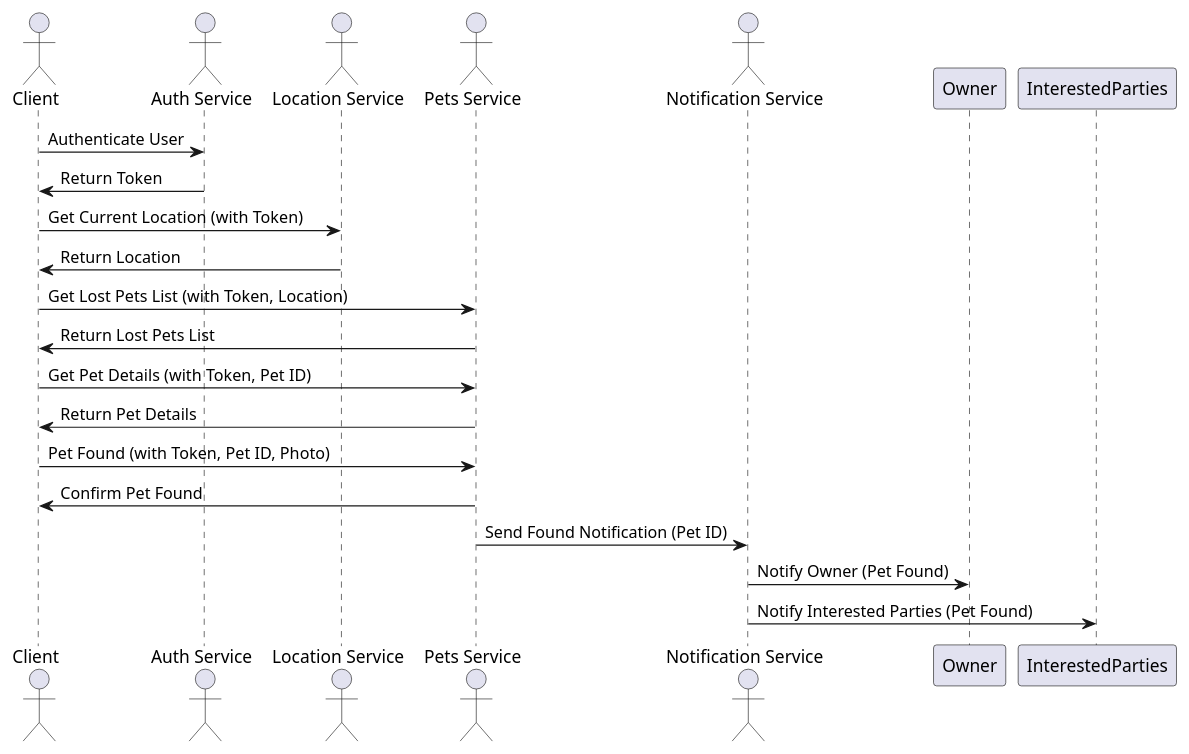
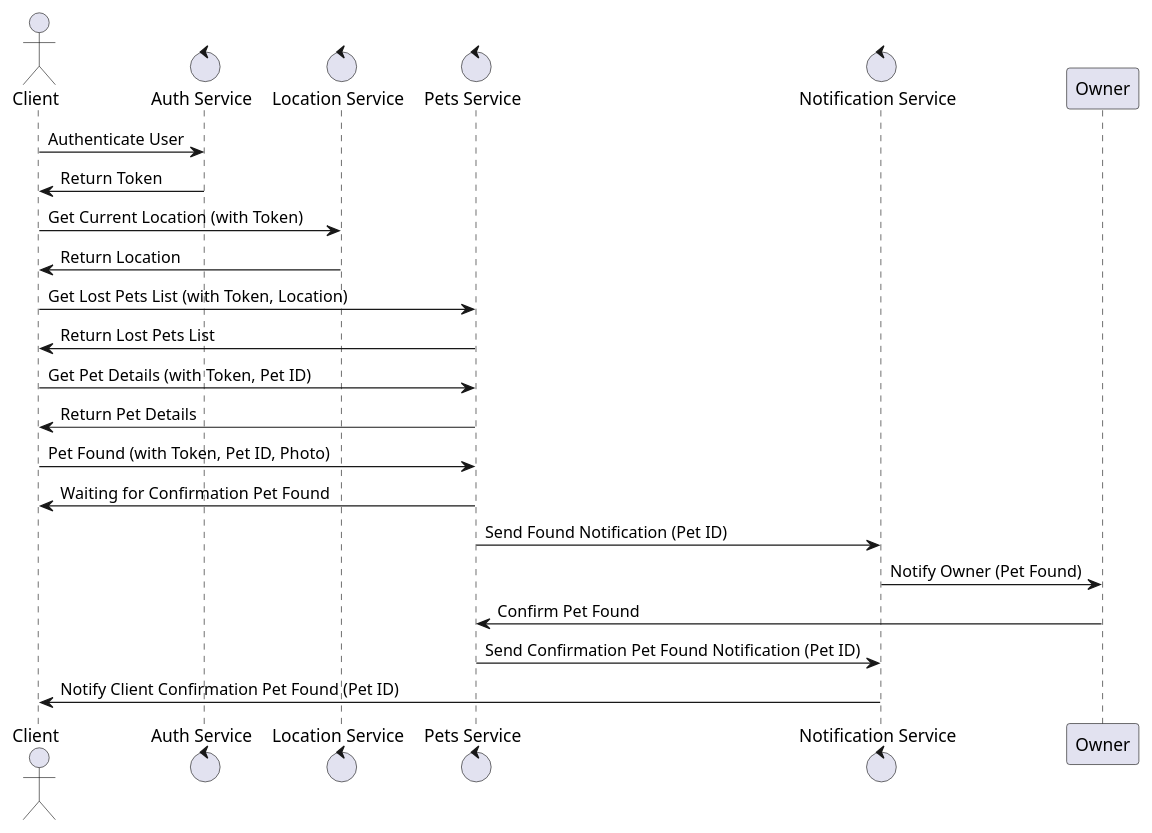
One commit to landauleo/otus-micro changed the diagram in UML/task1.puml. Above: the diagram before and after it, drawn with PlantUML.

```diff
--- a/UML/task1.puml
+++ b/UML/task1.puml
@@ -1,26 +1,28 @@
 @startuml
 actor Client
-actor "Auth Service" as AuthService
-actor "Location Service" as LocationService
-actor "Pets Service" as PetsService
-actor "Notification Service" as NotificationService
+control "Auth Service" as AuthService
+control "Location Service" as LocationService
+control "Pets Service" as PetsService
+control "Notification Service" as NotificationService
 
 Client -> AuthService : Authenticate User
 AuthService -> Client : Return Token
 
 Client -> LocationService : Get Current Location (with Token)
 LocationService -> Client : Return Location
 
 Client -> PetsService : Get Lost Pets List (with Token, Location)
 PetsService -> Client : Return Lost Pets List
 
 Client -> PetsService : Get Pet Details (with Token, Pet ID)
 PetsService -> Client : Return Pet Details
 
 Client -> PetsService : Pet Found (with Token, Pet ID, Photo)
-PetsService -> Client : Confirm Pet Found
+PetsService -> Client : Waiting for Confirmation Pet Found
 
 PetsService -> NotificationService : Send Found Notification (Pet ID)
 NotificationService -> Owner : Notify Owner (Pet Found)
-NotificationService -> InterestedParties : Notify Interested Parties (Pet Found)
+Owner -> PetsService : Confirm Pet Found
+PetsService -> NotificationService : Send Confirmation Pet Found Notification (Pet ID)
+NotificationService -> Client : Notify Client Confirmation Pet Found (Pet ID)
 @enduml
```
